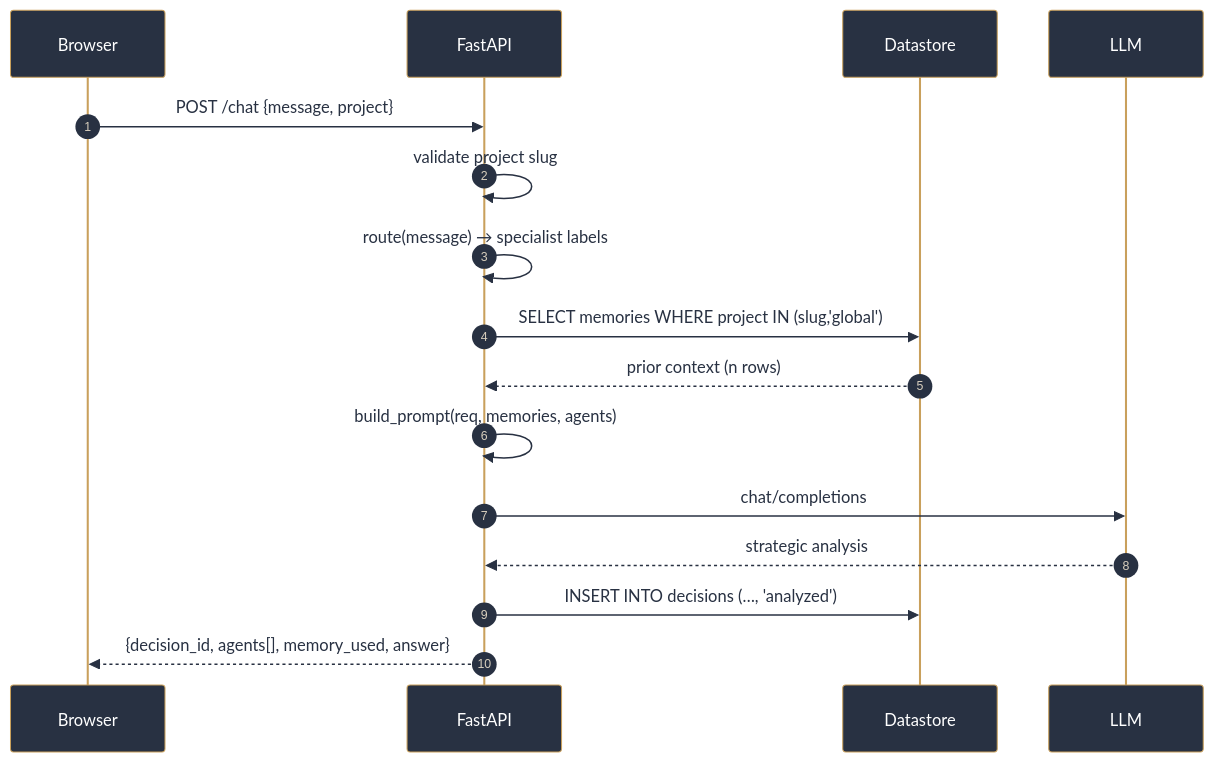
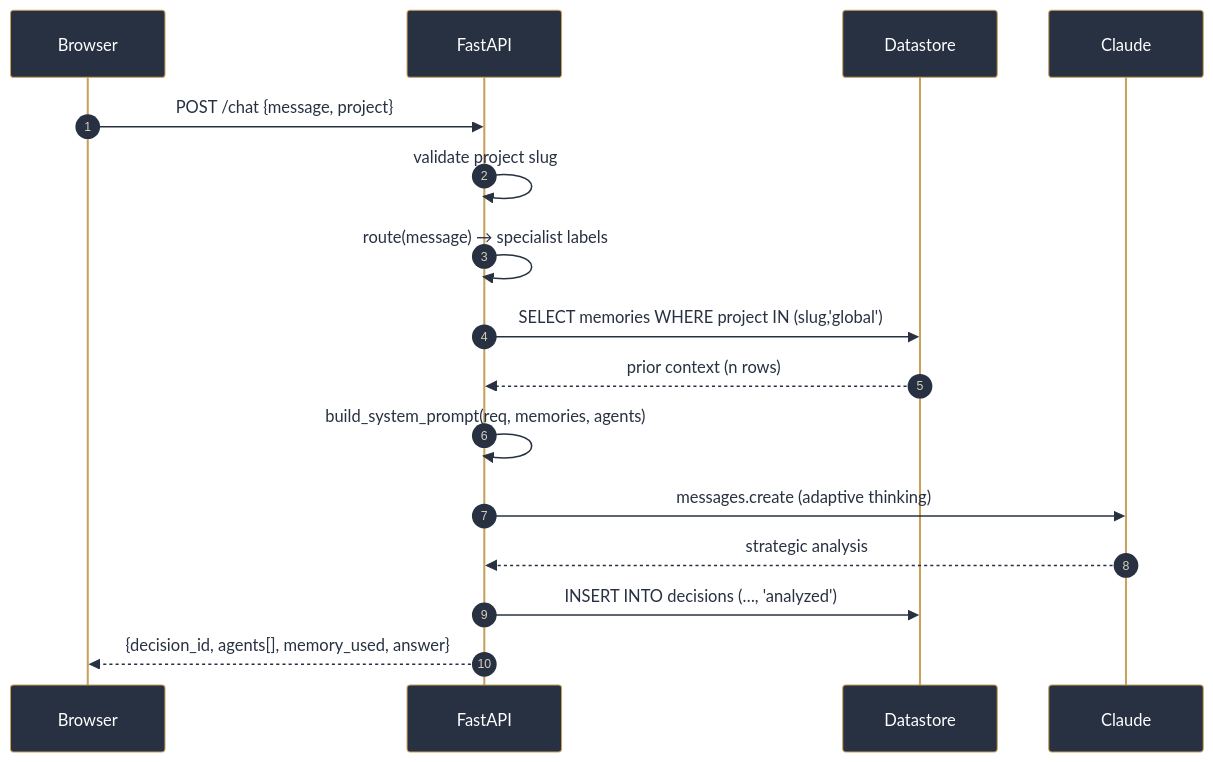
Before and after one commit to SpeakPower-commits/claude-central-agent: the second of 6 diagrams in README.md, drawn with Mermaid. The commit also changed other lines of this file, not shown here.

First line of the commit message:
docs: fix README logo path and retarget diagrams to Claude

````diff
--- a/README.md
+++ b/README.md
@@ -106,20 +107,20 @@
 ```mermaid
 %%{init: {'theme':'base','themeVariables':{'primaryColor':'#283142','primaryTextColor':'#ffffff','primaryBorderColor':'#C9A05C','lineColor':'#283142','signalColor':'#283142','signalTextColor':'#283142','actorBkg':'#283142','actorTextColor':'#ffffff','actorBorder':'#C9A05C','fontFamily':'ui-sans-serif, system-ui, sans-serif'}}}%%
 sequenceDiagram
     autonumber
     participant U as Browser
     participant A as FastAPI
     participant D as Datastore
-    participant L as LLM
+    participant L as Claude
 
     U->>A: POST /chat {message, project}
     A->>A: validate project slug
     A->>A: route(message) → specialist labels
     A->>D: SELECT memories WHERE project IN (slug,'global')
     D-->>A: prior context (n rows)
-    A->>A: build_prompt(req, memories, agents)
-    A->>L: chat/completions
+    A->>A: build_system_prompt(req, memories, agents)
+    A->>L: messages.create (adaptive thinking)
     L-->>A: strategic analysis
     A->>D: INSERT INTO decisions (…, 'analyzed')
     A-->>U: {decision_id, agents[], memory_used, answer}
 ```
````
